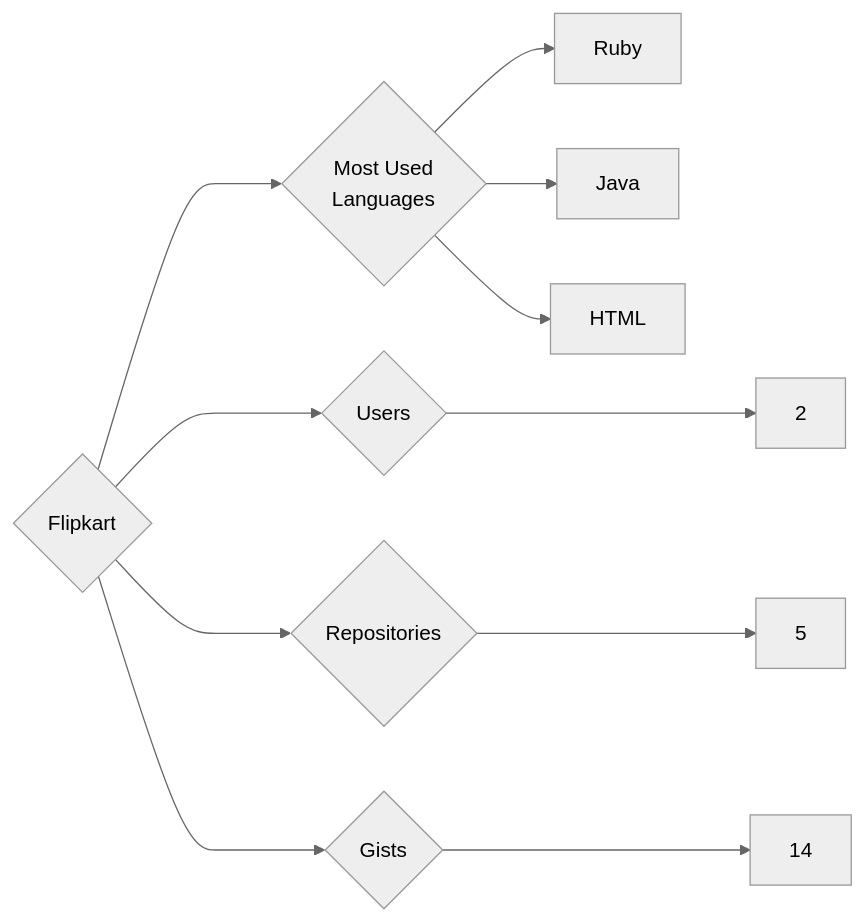
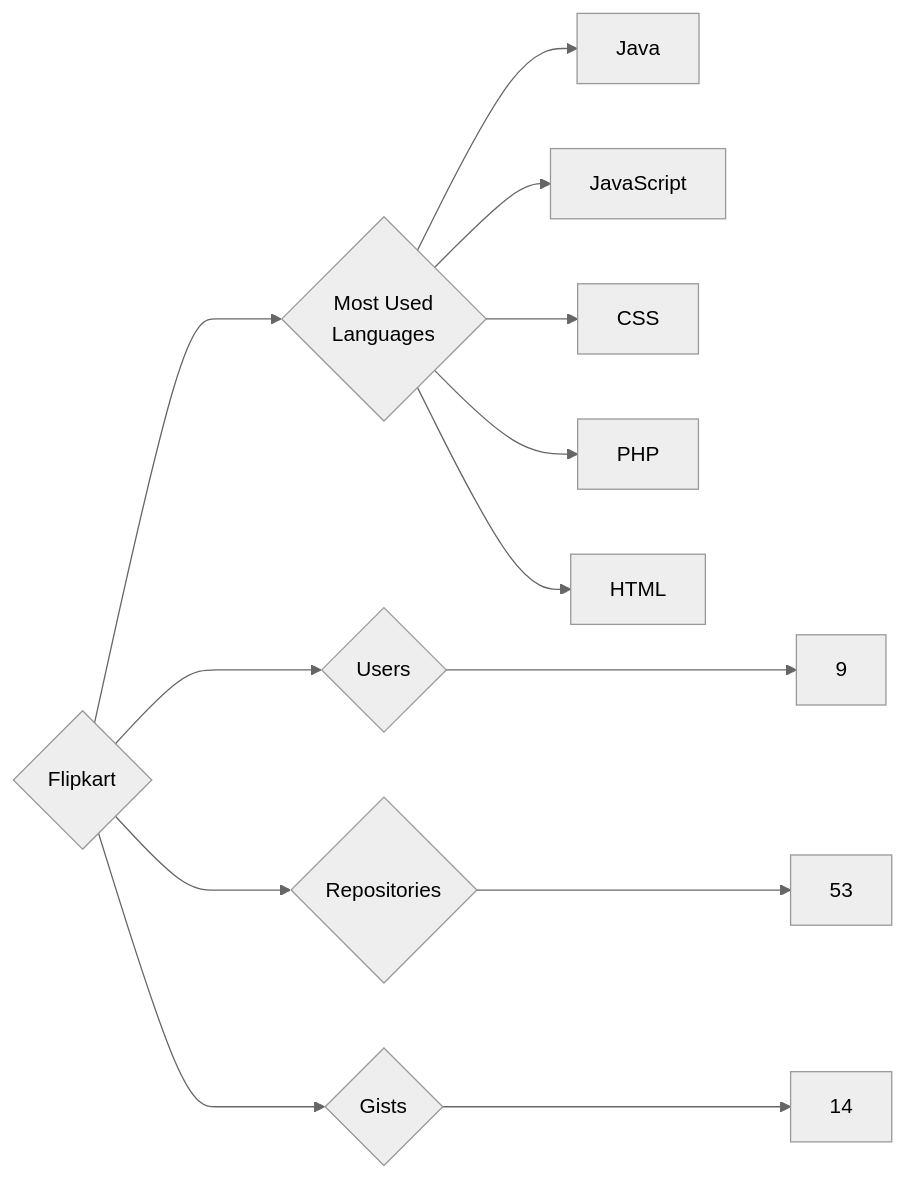
One commit to trickest/insiders changed the diagram in targets/Flipkart/README.md. Above: the diagram before and after it, drawn with Mermaid (neutral theme). The commit also changed 993 other files, not shown here.

````diff
--- a/targets/Flipkart/README.md
+++ b/targets/Flipkart/README.md
@@ -3,11 +3,13 @@
 ```mermaid
 graph LR
 COMPANY_NAME{Flipkart}
-COMPANY_NAME ---> U{Users} ---> UN[2]
-COMPANY_NAME ---> R{Repositories} ---> RN[5]
+COMPANY_NAME ---> U{Users} ---> UN[9]
+COMPANY_NAME ---> R{Repositories} ---> RN[53]
 COMPANY_NAME ---> G{Gists} ---> GN[14]
 COMPANY_NAME ---> ML{Most Used<br>Languages}
-ML --> Ruby[Ruby]
 ML --> Java[Java]
+ML --> JavaScript[JavaScript]
+ML --> CSS[CSS]
+ML --> PHP[PHP]
 ML --> HTML[HTML]
 ```
````
